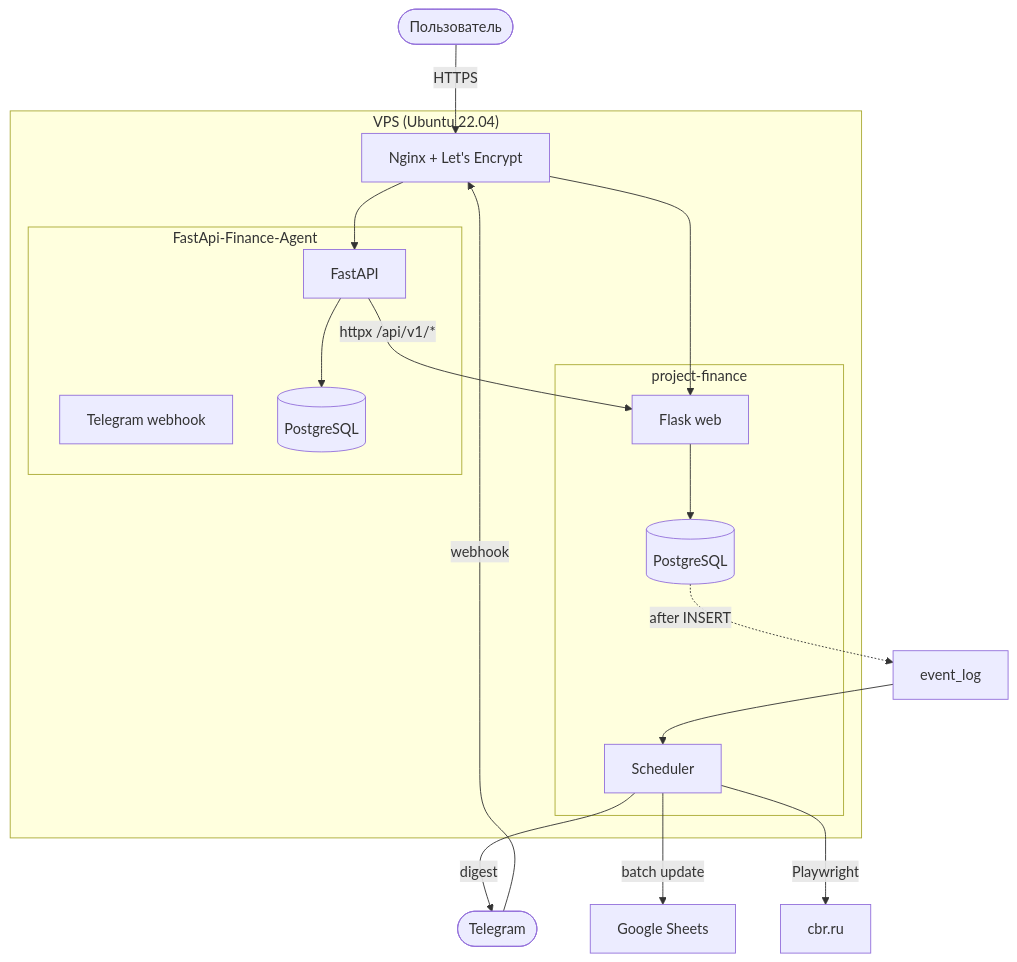
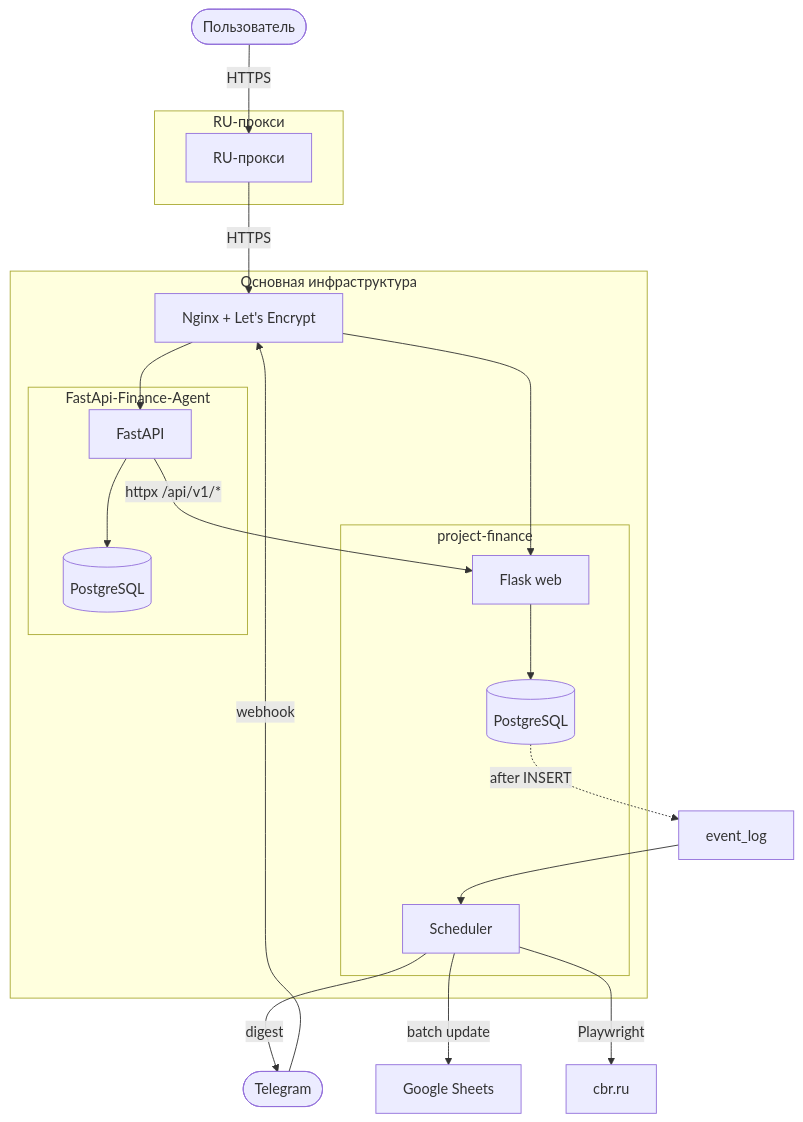
The diagram in README.md (daniil-avdeenko/project-finance), drawn with Mermaid before and after one commit. The commit also changed other lines of this file, not shown here.

````diff
--- a/README.md
+++ b/README.md
@@ -45,29 +43,34 @@
 ```mermaid
 flowchart TB
-    subgraph VPS["VPS (Ubuntu 22.04)"]
-        Nginx[Nginx + Let's Encrypt]
+    User([Пользователь]) -->|HTTPS| RU[RU-прокси]
+    TG([Telegram]) -->|webhook| NL
+
+    subgraph Proxy["RU-прокси"]
+        RU
+    end
+
+    subgraph Servers["Основная инфраструктура"]
+        NL[Nginx + Let's Encrypt]
         subgraph Finance["project-finance"]
             Flask[Flask web]
             Sched[Scheduler]
             DB1[(PostgreSQL)]
         end
         subgraph Agent["FastApi-Finance-Agent"]
             API[FastAPI]
-            Bot[Telegram webhook]
             DB2[(PostgreSQL)]
         end
     end
 
-    User([Пользователь]) -->|HTTPS| Nginx
-    TG([Telegram]) -->|webhook| Nginx
-    Nginx --> Flask
-    Nginx --> API
+    RU -->|HTTPS| NL
+    NL --> Flask
+    NL --> API
     API -->|httpx /api/v1/*| Flask
-        Flask --> DB1
+    Flask --> DB1
     DB1 -.after INSERT.-> Events[event_log]
     Events --> Sched
     Sched -->|digest| TG
     Sched -->|batch update| Sheets[Google Sheets]
     Sched -->|Playwright| CBR[cbr.ru]
     API --> DB2
 ```
````
